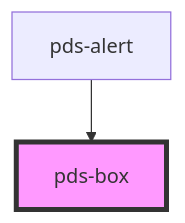
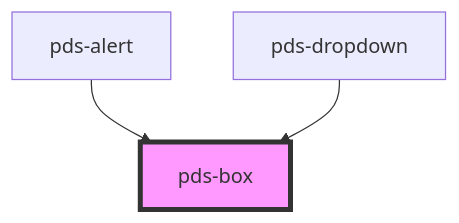
The diagram in libs/core/src/components/pds-box/readme.md (Kajabi/pine), drawn with Mermaid before and after one commit. The commit also changed other lines of this file and 9 other files, not shown here.

Commit message:
feat(pds-dropdown): implementation of the dropdown component

````diff
--- a/libs/core/src/components/pds-box/readme.md
+++ b/libs/core/src/components/pds-box/readme.md
@@ -58,5 +59,6 @@
 ```mermaid
 graph TD;
   pds-alert --> pds-box
+  pds-dropdown --> pds-box
   style pds-box fill:#f9f,stroke:#333,stroke-width:4px
 ```
````
